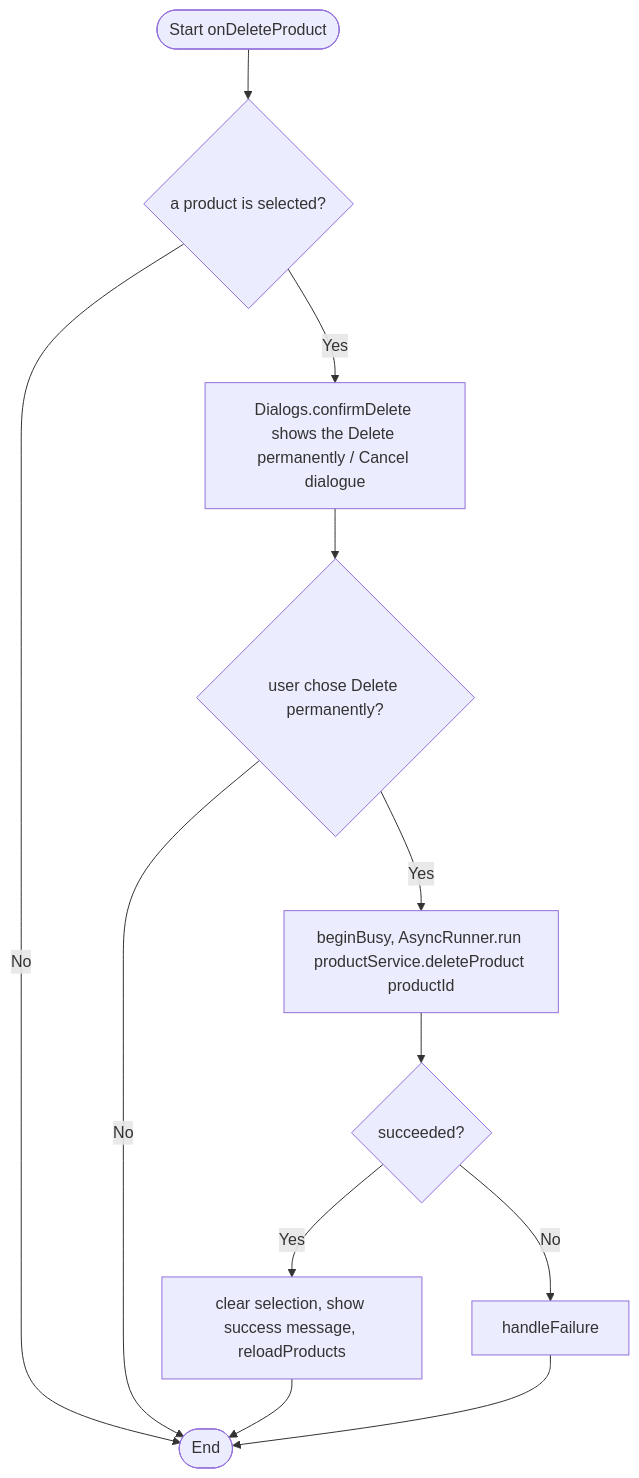
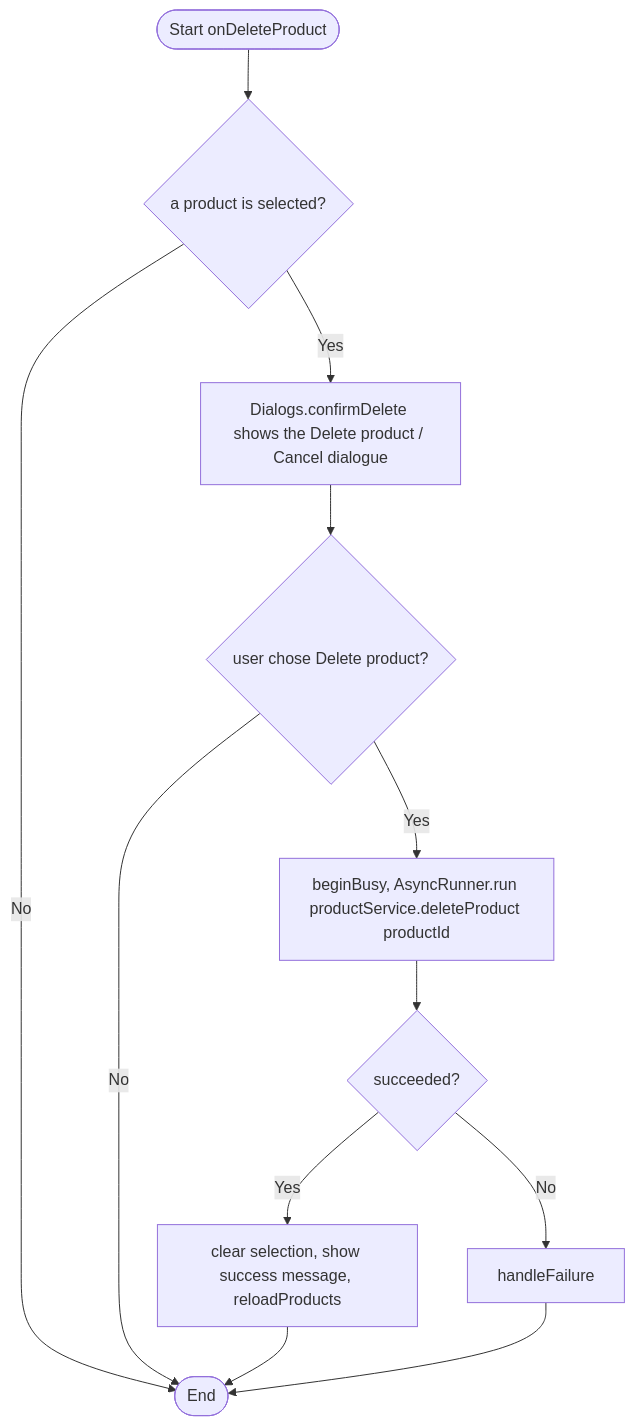
One commit to sfarshadchoudhury-dot/NC1605-Marketplace changed diagram 27 of 29 in components/products/docs/04-diagrams.md. Above: the diagram before and after it, drawn with Mermaid. The commit also changed other lines of this file, not shown here.

Commit message:
Update diagram labels for the new delete dialog and toast

````diff
--- a/components/products/docs/04-diagrams.md
+++ b/components/products/docs/04-diagrams.md
@@ -748,14 +746,14 @@
 ```mermaid
 flowchart TD
     A([Start onDeleteProduct]) --> B{"a product is selected?"}
     B -- No --> Z([End])
-    B -- Yes --> C["Dialogs.confirmDelete shows the Delete permanently / Cancel dialogue"]
-    C --> D{"user chose Delete permanently?"}
+    B -- Yes --> C["Dialogs.confirmDelete shows the Delete product / Cancel dialogue"]
+    C --> D{"user chose Delete product?"}
     D -- No --> Z
     D -- Yes --> E["beginBusy, AsyncRunner.run productService.deleteProduct productId"]
     E --> F{"succeeded?"}
     F -- Yes --> G["clear selection, show success message, reloadProducts"]
     F -- No --> H["handleFailure"]
     G --> Z
     H --> Z
 ```
````
